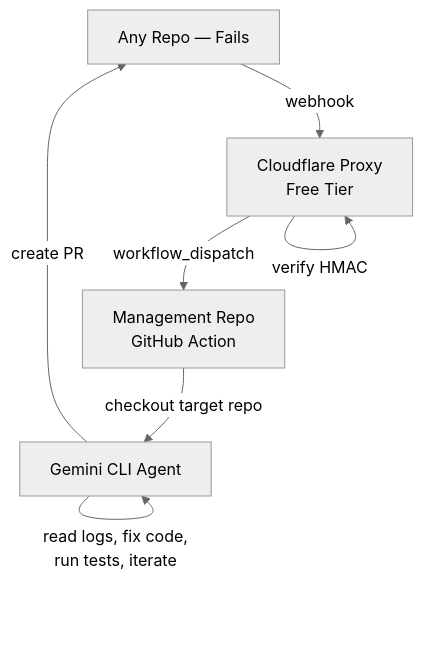
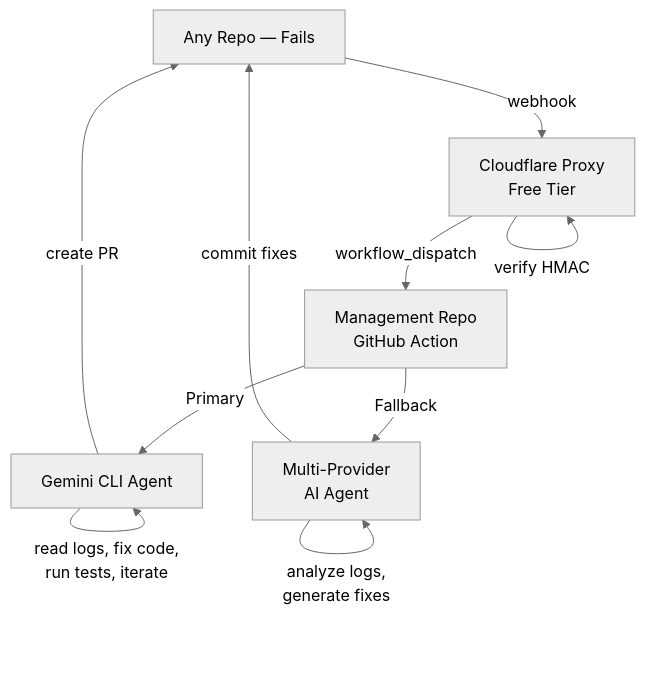
One commit to chirag127/github-actions-ai-auto-debugger changed the diagram in README.md. Above: the diagram before and after it, drawn with Mermaid (neutral theme). The commit also changed other lines of this file and 2 other files, not shown here.

Commit message:
docs: overhaul README and sync-secrets.ps1 for the new dual-approach architecture

````diff
--- a/README.md
+++ b/README.md
@@ -14,9 +19,14 @@
 ```mermaid
 graph TD
-    RepoA[Any Repo — Fails] -- "webhook" --> Proxy[Cloudflare Proxy<br/>Free Tier]
+    RepoA[Any Repo — Fails] -- "webhook" --> Proxy
+    Proxy[Cloudflare Proxy<br/>Free Tier]
     Proxy -- "verify HMAC" --> Proxy
-    Proxy -- "workflow_dispatch" --> Central[Management Repo<br/>GitHub Action]
-    Central -- "checkout target repo" --> Gemini[Gemini CLI Agent]
+    Proxy -- "workflow_dispatch" --> Central
+    Central[Management Repo<br/>GitHub Action]
+    Central -- "Primary" --> Gemini[Gemini CLI Agent]
+    Central -- "Fallback" --> Agent[Multi-Provider<br/>AI Agent]
     Gemini -- "read logs, fix code,<br/>run tests, iterate" --> Gemini
     Gemini -- "create PR" --> RepoA
+    Agent -- "analyze logs,<br/>generate fixes" --> Agent
+    Agent -- "commit fixes" --> RepoA
 ```
````
